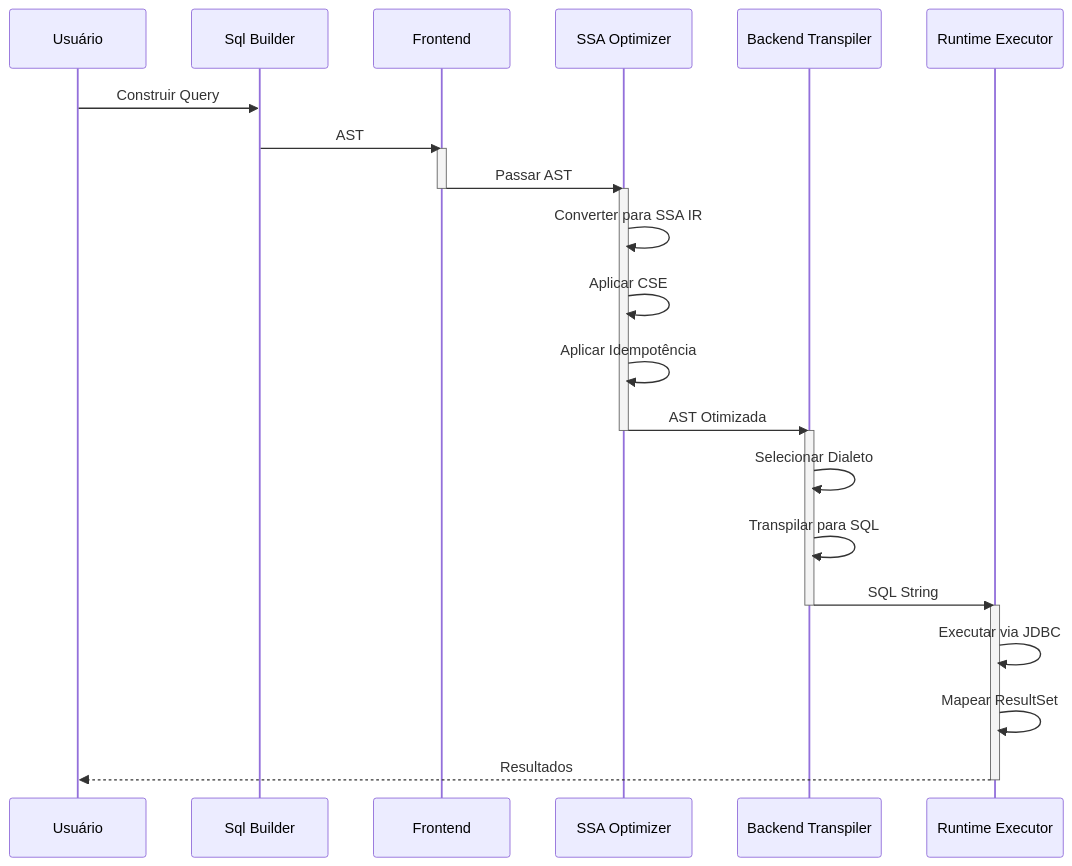
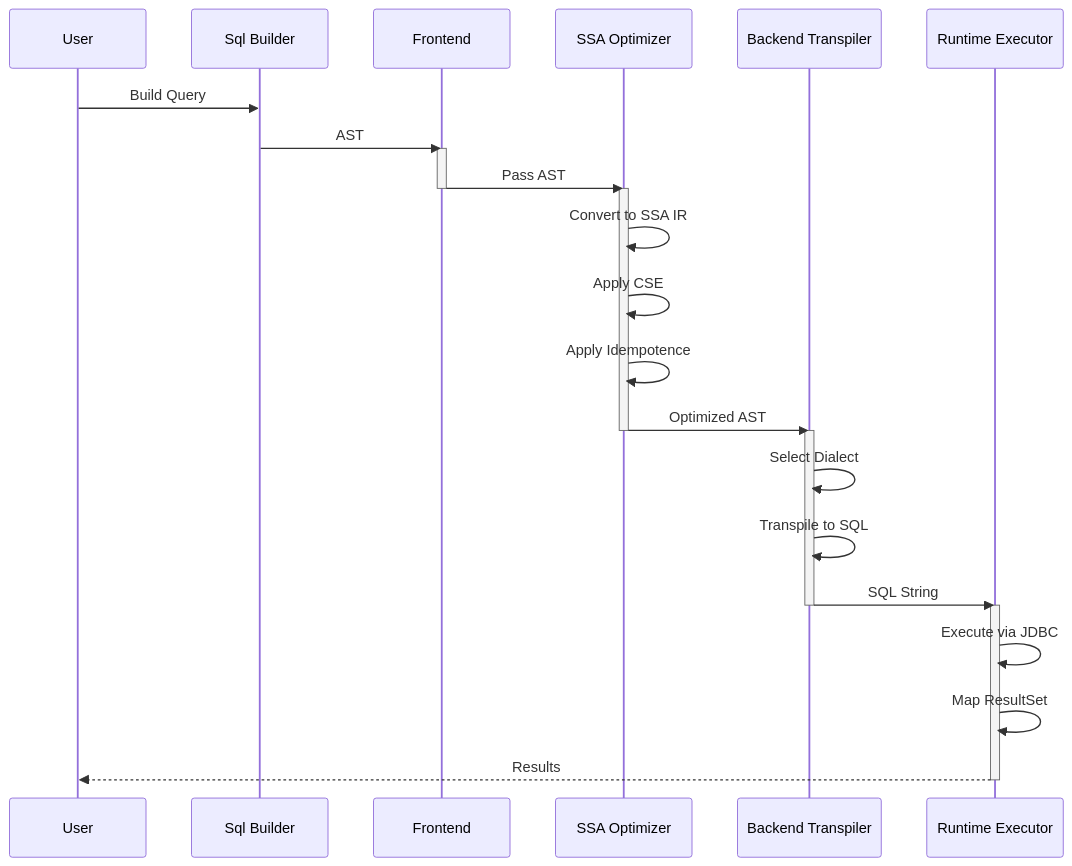
One commit to Bare-Sql-Engine/bare-sql-java changed the seventh of 15 diagrams in DOCUMENTACAO.md. Above: the diagram before and after it, drawn with Mermaid. The commit also changed other lines of this file and 1 other file, not shown here.

````diff
--- a/DOCUMENTACAO.md
+++ b/DOCUMENTACAO.md
@@ -321,34 +321,34 @@
 ```mermaid
 sequenceDiagram
-    participant User as Usuário
+    participant User
     participant Builder as Sql Builder
-    participant Frontend as Frontend
+    participant Frontend
     participant Optimizer as SSA Optimizer
     participant Backend as Backend Transpiler
     participant Runtime as Runtime Executor
     
-    User->>Builder: Construir Query
+    User->>Builder: Build Query
     Builder->>Frontend: AST
     activate Frontend
-    Frontend->>Optimizer: Passar AST
+    Frontend->>Optimizer: Pass AST
     deactivate Frontend
     
     activate Optimizer
-    Optimizer->>Optimizer: Converter para SSA IR
-    Optimizer->>Optimizer: Aplicar CSE
-    Optimizer->>Optimizer: Aplicar Idempotência
-    Optimizer->>Backend: AST Otimizada
+    Optimizer->>Optimizer: Convert to SSA IR
+    Optimizer->>Optimizer: Apply CSE
+    Optimizer->>Optimizer: Apply Idempotence
+    Optimizer->>Backend: Optimized AST
     deactivate Optimizer
     
     activate Backend
-    Backend->>Backend: Selecionar Dialeto
-    Backend->>Backend: Transpilar para SQL
+    Backend->>Backend: Select Dialect
+    Backend->>Backend: Transpile to SQL
     Backend->>Runtime: SQL String
     deactivate Backend
     
     activate Runtime
-    Runtime->>Runtime: Executar via JDBC
-    Runtime->>Runtime: Mapear ResultSet
-    Runtime-->>User: Resultados
+    Runtime->>Runtime: Execute via JDBC
+    Runtime->>Runtime: Map ResultSet
+    Runtime-->>User: Results
     deactivate Runtime
 ```
````
